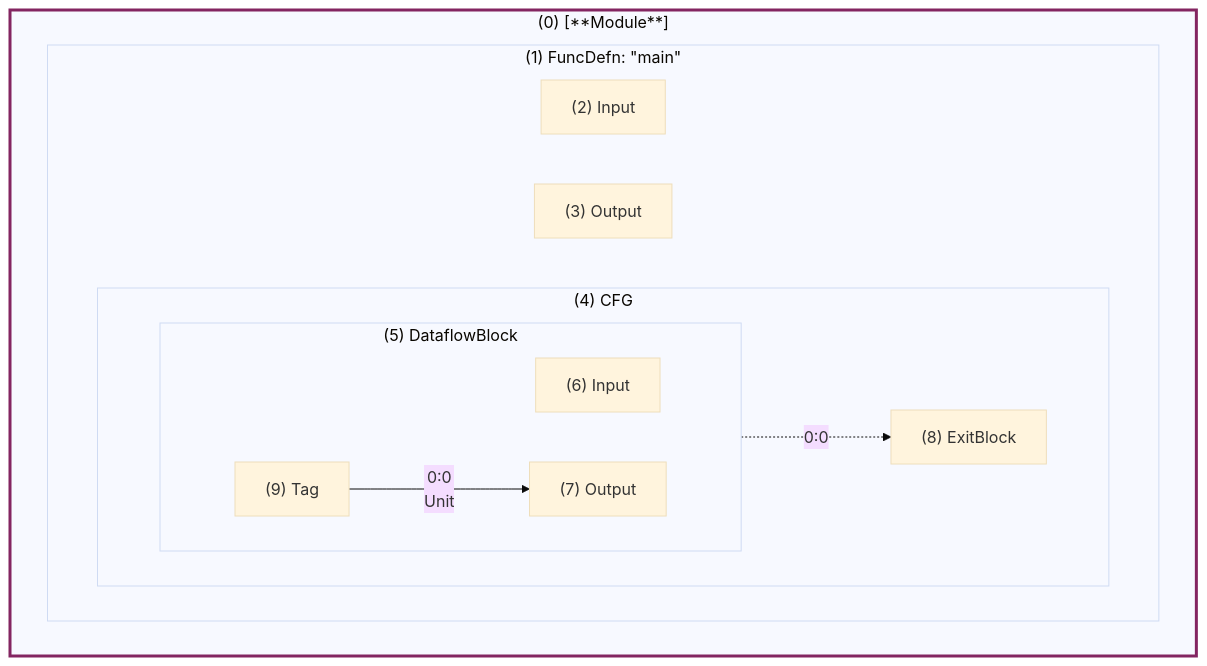
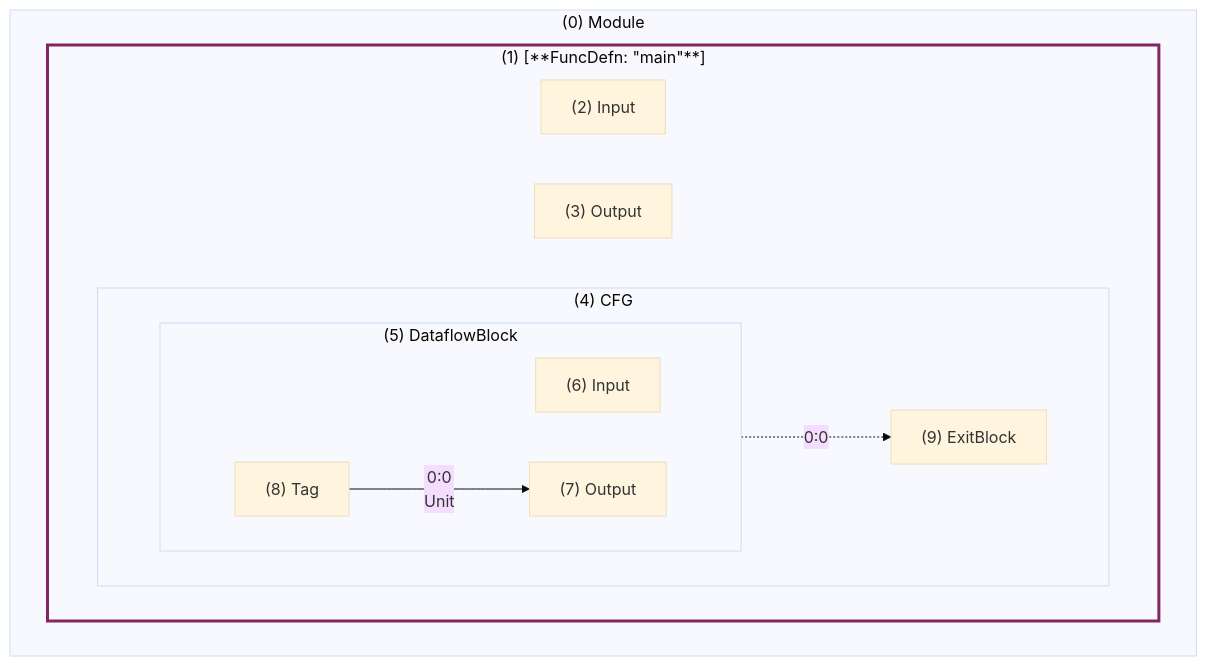
The diagram in test_files/guppy_optimization/simple_cx/simple_cx.opt.mmd (CQCL/tket2), drawn with Mermaid (base theme) before and after one commit. The commit also changed 30 other files, not shown here.

```diff
--- a/test_files/guppy_optimization/simple_cx/simple_cx.opt.mmd
+++ b/test_files/guppy_optimization/simple_cx/simple_cx.opt.mmd
@@ -1,22 +1,22 @@
 graph LR
-    subgraph 0 ["(0) [**Module**]"]
+    subgraph 0 ["(0) Module"]
         direction LR
-        style 0 stroke:#832561,stroke-width:3px
-        subgraph 1 ["(1) FuncDefn: #quot;main#quot;"]
+        subgraph 1 ["(1) [**FuncDefn: #quot;main#quot;**]"]
             direction LR
+            style 1 stroke:#832561,stroke-width:3px
             2["(2) Input"]
             3["(3) Output"]
             subgraph 4 ["(4) CFG"]
                 direction LR
                 subgraph 5 ["(5) DataflowBlock"]
                     direction LR
                     6["(6) Input"]
                     7["(7) Output"]
-                    9["(9) Tag"]
-                    9--"0:0<br>Unit"-->7
+                    8["(8) Tag"]
+                    8--"0:0<br>Unit"-->7
                 end
-                8["(8) ExitBlock"]
-                5-."0:0".->8
+                9["(9) ExitBlock"]
+                5-."0:0".->9
             end
         end
     end
```
